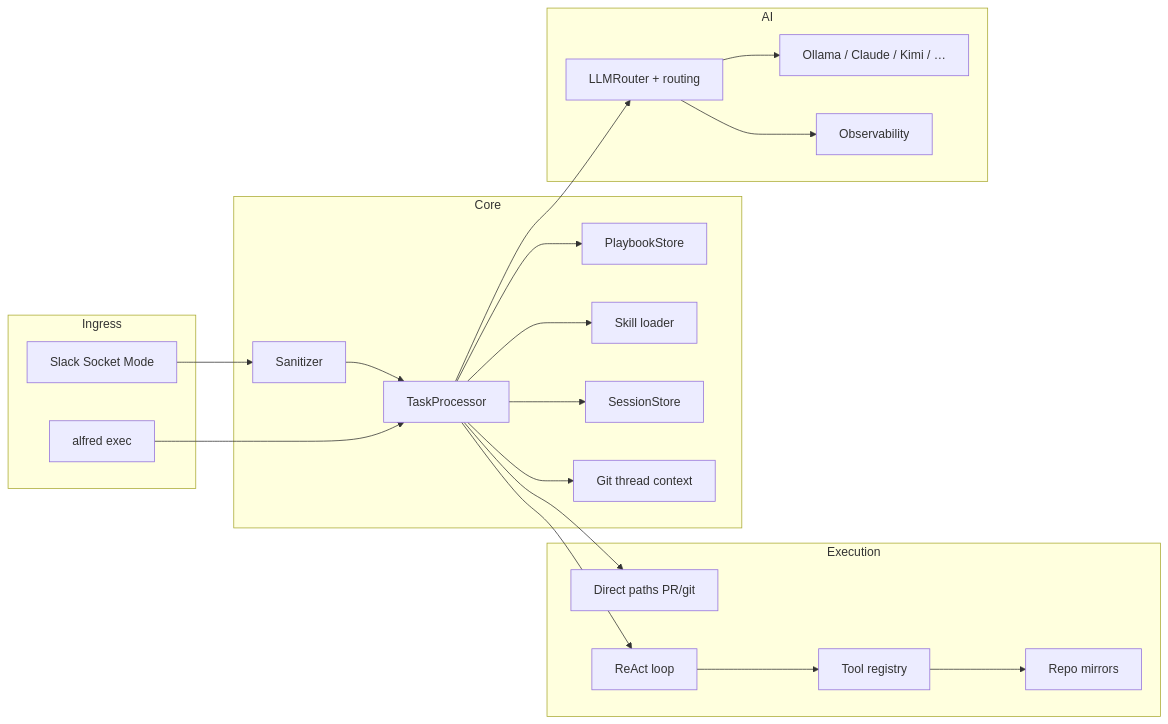
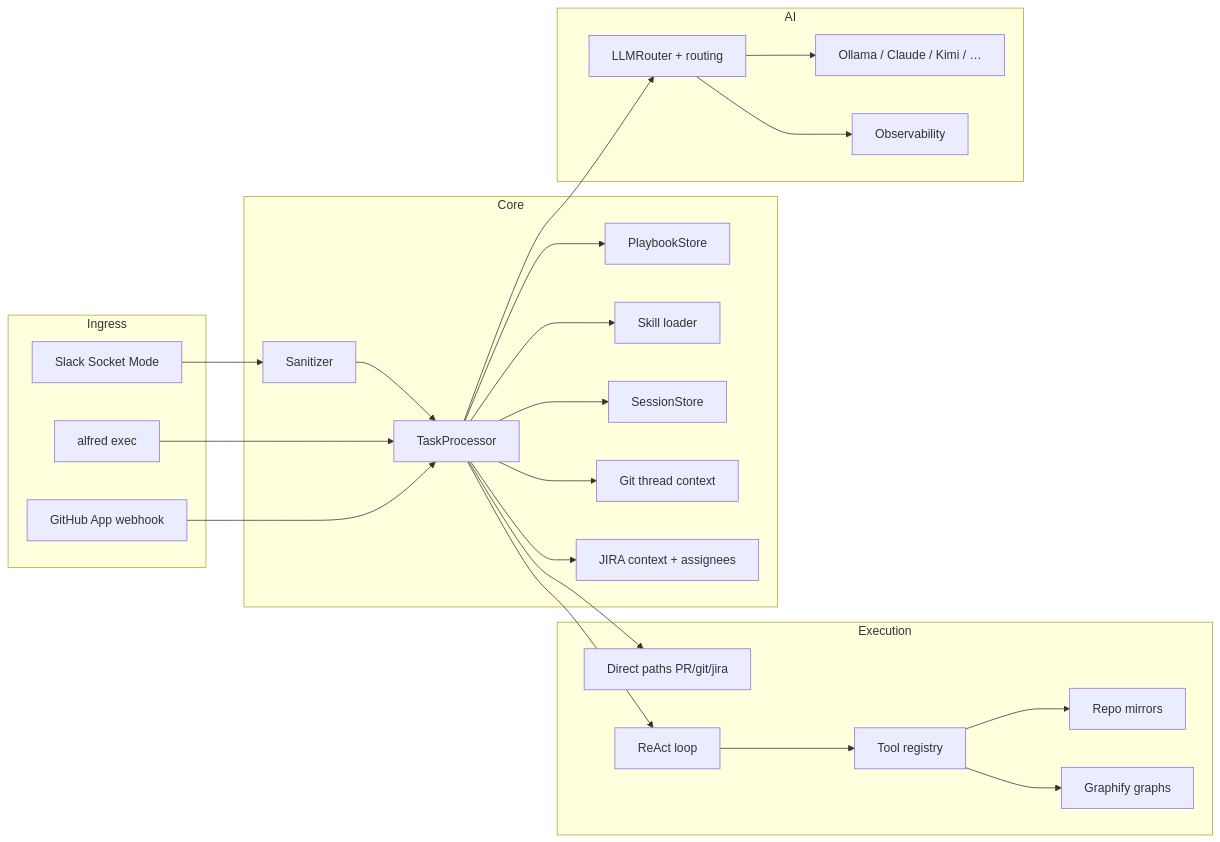
Before and after one commit to Amit3200/alfred: the diagram in README.md, drawn with Mermaid. The commit also changed other lines of this file and 5 other files, not shown here.

````diff
--- a/README.md
+++ b/README.md
@@ -395,37 +444,41 @@
 ```mermaid
 flowchart LR
     subgraph ingress [Ingress]
         Slack[Slack Socket Mode]
         CLI[alfred exec]
+        GitHub[GitHub App webhook]
     end
 
     subgraph core [Core]
         Sanitize[Sanitizer]
         Processor[TaskProcessor]
         Playbooks[PlaybookStore]
         Skills[Skill loader]
         Sessions[SessionStore]
         GitCtx[Git thread context]
+        JiraCtx[JIRA context + assignees]
     end
 
     subgraph exec [Execution]
-        Direct[Direct paths PR/git]
+        Direct[Direct paths PR/git/jira]
         Agent[ReAct loop]
         Tools[Tool registry]
         Mirrors[Repo mirrors]
+        Graphify[Graphify graphs]
     end
 
     subgraph ai [AI]
         Router[LLMRouter + routing]
         Providers[Ollama / Claude / Kimi / …]
         Obs[Observability]
     end
 
     Slack --> Sanitize --> Processor
     CLI --> Processor
-    Processor --> Playbooks & Skills & Sessions & GitCtx
+    GitHub --> Processor
+    Processor --> Playbooks & Skills & Sessions & GitCtx & JiraCtx
     Processor --> Direct & Agent
-    Agent --> Tools --> Mirrors
+    Agent --> Tools --> Mirrors & Graphify
     Processor --> Router --> Providers
     Router --> Obs
 ```
````
